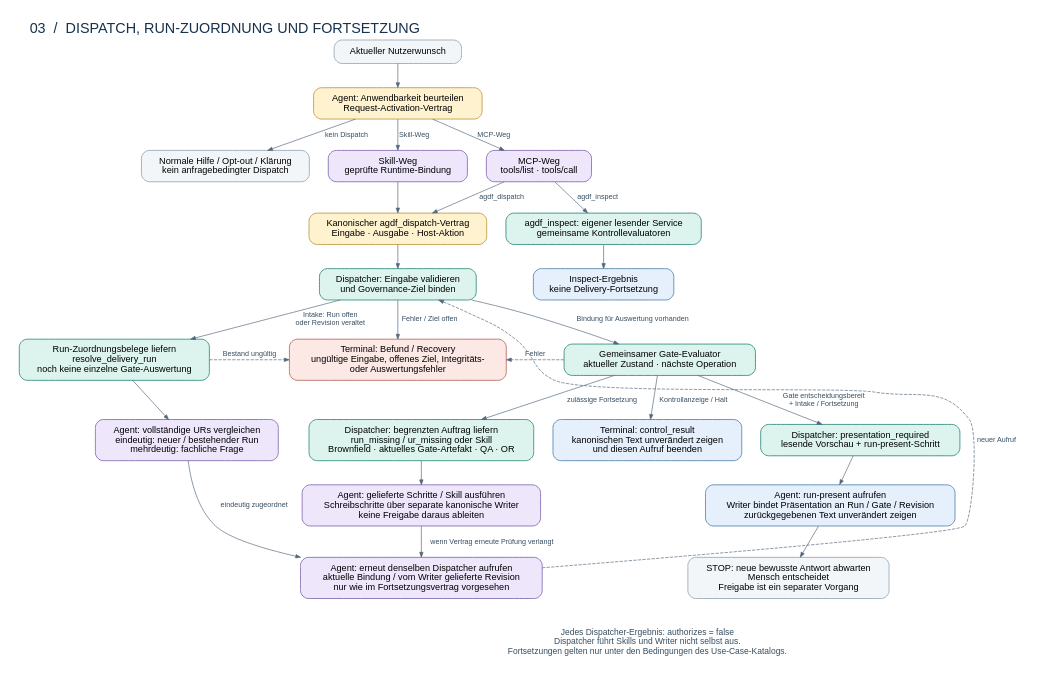
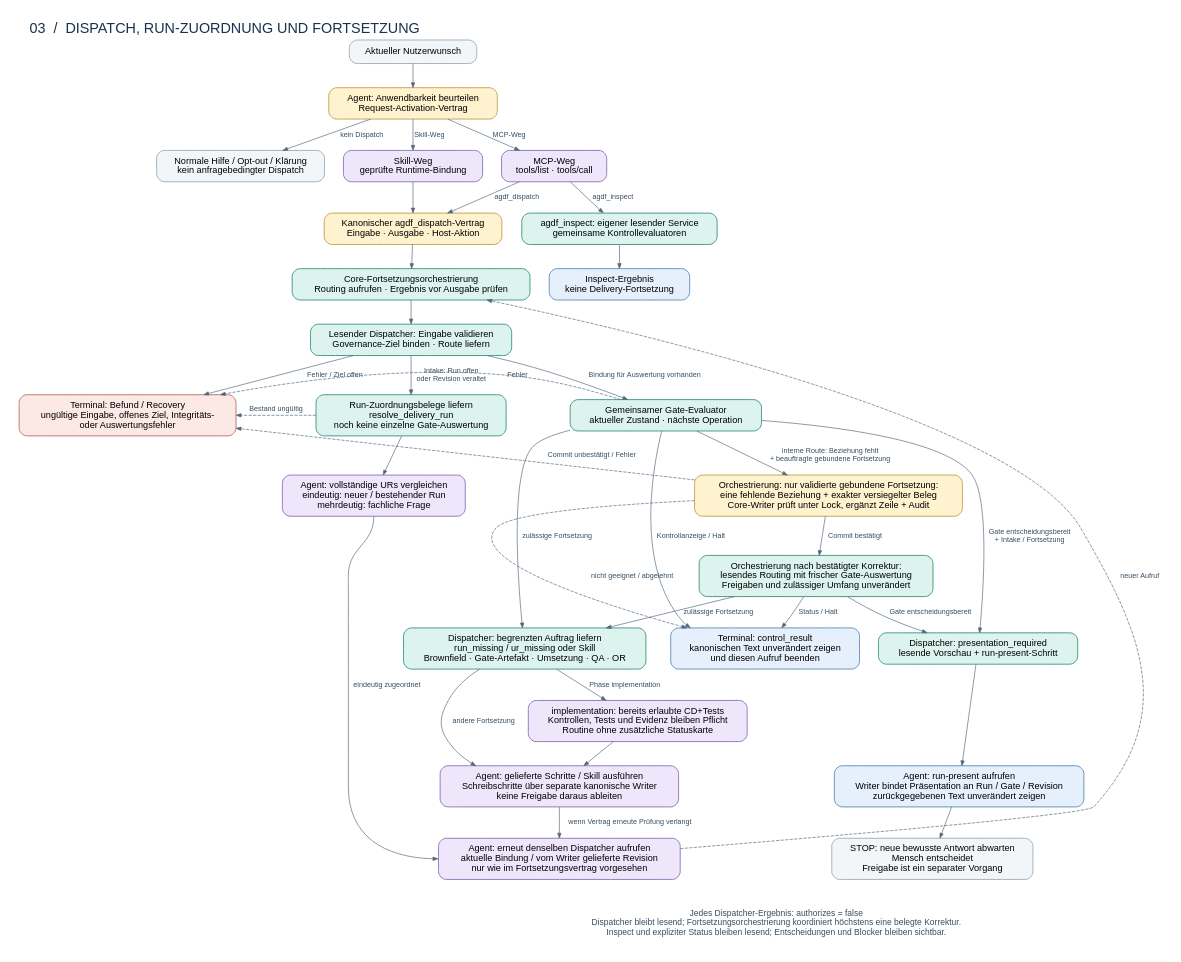
One commit to ArndtGold/ai-native-governance-delivery-framework changed the diagram in docs/architecture/diagrams/03-dispatch.dot. Above: the diagram before and after it, drawn with Graphviz. The commit also changed 176 other files, not shown here.

```diff
--- a/docs/architecture/diagrams/03-dispatch.dot
+++ b/docs/architecture/diagrams/03-dispatch.dot
@@ -1,62 +1,77 @@
 digraph dispatch {
   graph [rankdir=TB, bgcolor="white", pad=0.3, nodesep=0.4, ranksep=0.48, fontname="Helvetica", label="03  /  DISPATCH, RUN-ZUORDNUNG UND FORTSETZUNG", labelloc=t, labeljust=l, fontsize=22, fontcolor="#17324D"];
   node [shape=box, style="rounded,filled", color="#2D8B7B", fillcolor="#DDF4EE", fontname="Helvetica", fontsize=14, margin="0.19,0.12", penwidth=1.3];
   edge [color="#52667A", arrowsize=0.75, fontname="Helvetica", fontsize=11, fontcolor="#354D61"];
 
   request [label="Aktueller Nutzerwunsch", fillcolor="#F3F6F8", color="#97A6B3"];
   activation [label="Agent: Anwendbarkeit beurteilen\nRequest-Activation-Vertrag", fillcolor="#FFF2CF", color="#BF9840"];
   normal [label="Normale Hilfe / Opt-out / Klärung\nkein anfragebedingter Dispatch", fillcolor="#F3F6F8", color="#97A6B3"];
   skill [label="Skill-Weg\ngeprüfte Runtime-Bindung", fillcolor="#EEE7FC", color="#8268AF"];
   mcp [label="MCP-Weg\ntools/list · tools/call", fillcolor="#EEE7FC", color="#8268AF"];
   inspect [label="agdf_inspect: eigener lesender Service\ngemeinsame Kontrollevaluatoren"];
   inspect_result [label="Inspect-Ergebnis\nkeine Delivery-Fortsetzung", fillcolor="#E5F0FC", color="#5284AD"];
   contract [label="Kanonischer agdf_dispatch-Vertrag\nEingabe · Ausgabe · Host-Aktion", fillcolor="#FFF2CF", color="#BF9840"];
-  dispatcher [label="Dispatcher: Eingabe validieren\nund Governance-Ziel binden"];
+  continuation [label="Core-Fortsetzungsorchestrierung\nRouting aufrufen · Ergebnis vor Ausgabe prüfen"];
+  dispatcher [label="Lesender Dispatcher: Eingabe validieren\nGovernance-Ziel binden · Route liefern"];
   assignment [label="Run-Zuordnungsbelege liefern\nresolve_delivery_run\nnoch keine einzelne Gate-Auswertung"];
   scope [label="Agent: vollständige URs vergleichen\neindeutig: neuer / bestehender Run\nmehrdeutig: fachliche Frage", fillcolor="#EEE7FC", color="#8268AF"];
   evaluation [label="Gemeinsamer Gate-Evaluator\naktueller Zustand · nächste Operation"];
+  correction [label="Orchestrierung: nur validierte gebundene Fortsetzung:\neine fehlende Beziehung + exakter versiegelter Beleg\nCore-Writer prüft unter Lock, ergänzt Zeile + Audit", fillcolor="#FFF2CF", color="#BF9840"];
+  reevaluation [label="Orchestrierung nach bestätigter Korrektur:\nlesendes Routing mit frischer Gate-Auswertung\nFreigaben und zulässiger Umfang unverändert"];
   recovery [label="Terminal: Befund / Recovery\nungültige Eingabe, offenes Ziel, Integritäts-\noder Auswertungsfehler", fillcolor="#FCE8E4", color="#B5675A"];
   terminal [label="Terminal: control_result\nkanonischen Text unverändert zeigen\nund diesen Aufruf beenden", fillcolor="#E5F0FC", color="#5284AD"];
-  work [label="Dispatcher: begrenzten Auftrag liefern\nrun_missing / ur_missing oder Skill\nBrownfield · aktuelles Gate-Artefakt · QA · OR"];
+  work [label="Dispatcher: begrenzten Auftrag liefern\nrun_missing / ur_missing oder Skill\nBrownfield · Gate-Artefakt · Umsetzung · QA · OR"];
+  implementation [label="implementation: bereits erlaubte CD+Tests\nKontrollen, Tests und Evidenz bleiben Pflicht\nRoutine ohne zusätzliche Statuskarte", fillcolor="#EEE7FC", color="#8268AF"];
   execute [label="Agent: gelieferte Schritte / Skill ausführen\nSchreibschritte über separate kanonische Writer\nkeine Freigabe daraus ableiten", fillcolor="#EEE7FC", color="#8268AF"];
   presentation [label="Dispatcher: presentation_required\nlesende Vorschau + run-present-Schritt"];
   present [label="Agent: run-present aufrufen\nWriter bindet Präsentation an Run / Gate / Revision\nzurückgegebenen Text unverändert zeigen", fillcolor="#E5F0FC", color="#5284AD"];
   wait [label="STOP: neue bewusste Antwort abwarten\nMensch entscheidet\nFreigabe ist ein separater Vorgang", fillcolor="#F3F6F8", color="#97A6B3"];
   redispatch [label="Agent: erneut denselben Dispatcher aufrufen\naktuelle Bindung / vom Writer gelieferte Revision\nnur wie im Fortsetzungsvertrag vorgesehen", fillcolor="#EEE7FC", color="#8268AF"];
-  note [label="Jedes Dispatcher-Ergebnis: authorizes = false\nDispatcher führt Skills und Writer nicht selbst aus.\nFortsetzungen gelten nur unter den Bedingungen des Use-Case-Katalogs.", shape=plaintext, fillcolor="white", fontcolor="#354D61", fontsize=13];
+  note [label="Jedes Dispatcher-Ergebnis: authorizes = false\nDispatcher bleibt lesend; Fortsetzungsorchestrierung koordiniert höchstens eine belegte Korrektur.\nInspect und expliziter Status bleiben lesend; Entscheidungen und Blocker bleiben sichtbar.", shape=plaintext, fillcolor="white", fontcolor="#354D61", fontsize=13];
 
   request -> activation;
   activation -> normal [label="kein Dispatch"];
   activation -> skill [label="Skill-Weg"];
   activation -> mcp [label="MCP-Weg"];
   skill -> contract;
   mcp -> contract [label="agdf_dispatch"];
   mcp -> inspect [label="agdf_inspect"];
   inspect -> inspect_result;
-  contract -> dispatcher;
+  contract -> continuation;
+  continuation -> dispatcher;
   dispatcher -> recovery [label="Fehler / Ziel offen"];
   dispatcher -> assignment [label="Intake: Run offen\noder Revision veraltet"];
   dispatcher -> evaluation [label="Bindung für Auswertung vorhanden"];
   assignment -> scope;
   assignment -> recovery [label="Bestand ungültig", style=dashed, constraint=false];
-  scope -> redispatch [label="eindeutig zugeordnet"];
+  scope -> redispatch [label="eindeutig zugeordnet", tailport=s, headport=w];
   evaluation -> recovery [label="Fehler", style=dashed, constraint=false];
+  evaluation -> correction [label="interne Route: Beziehung fehlt\n+ beauftragte gebundene Fortsetzung"];
+  correction -> reevaluation [label="Commit bestätigt"];
+  correction -> terminal [label="nicht geeignet / abgelehnt", style=dashed, constraint=false];
+  correction -> recovery [label="Commit unbestätigt / Fehler", style=dashed, constraint=false];
   evaluation -> terminal [label="Kontrollanzeige / Halt"];
   evaluation -> work [label="zulässige Fortsetzung"];
   evaluation -> presentation [label="Gate entscheidungsbereit\n+ Intake / Fortsetzung"];
-  work -> execute;
+  reevaluation -> terminal [label="Status / Halt"];
+  reevaluation -> work [label="zulässige Fortsetzung"];
+  reevaluation -> presentation [label="Gate entscheidungsbereit"];
+  work -> implementation [label="Phase implementation"];
+  implementation -> execute;
+  work -> execute [label="andere Fortsetzung"];
   execute -> redispatch [label="wenn Vertrag erneute Prüfung verlangt"];
   presentation -> present;
   present -> wait;
-  redispatch -> dispatcher [style=dashed, constraint=false, label="neuer Aufruf"];
+  redispatch -> continuation [style=dashed, constraint=false, label="neuer Aufruf"];
   terminal -> note [style=invis];
   redispatch -> note [style=invis];
   wait -> note [style=invis];
 
   {rank=same; normal; skill; mcp;}
   {rank=same; contract; inspect;}
   {rank=same; assignment; evaluation; recovery;}
-  {rank=same; scope; terminal; work; presentation;}
+  {rank=same; scope; correction;}
+  {rank=same; terminal; work; presentation;}
   {rank=same; execute; present;}
   {rank=same; redispatch; wait;}
 }
```
